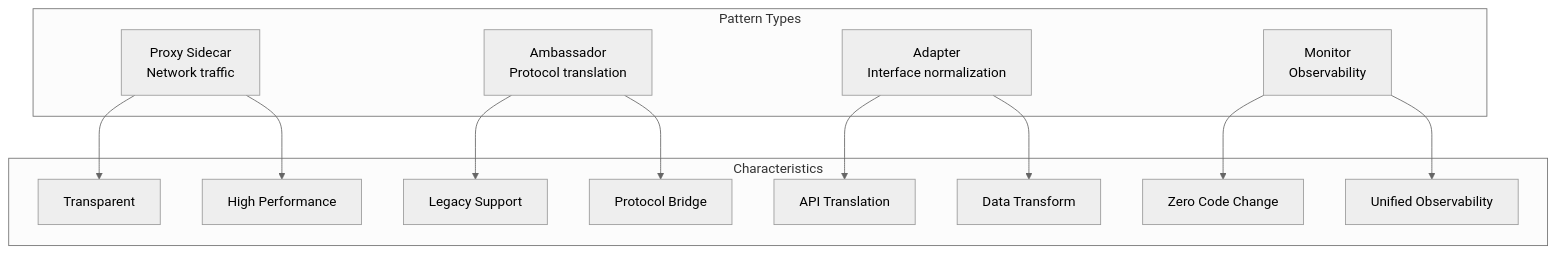
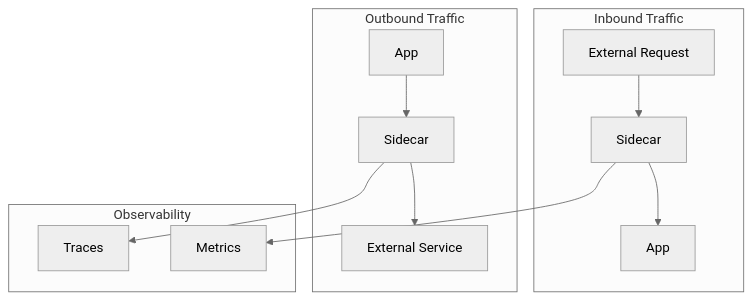
The second of 2 diagrams in docs/pattern-library/architecture/sidecar.md (deepaucksharma/DStudio), drawn with Mermaid (neutral theme) before and after one commit. The commit also changed other lines of this file and 8 other files, not shown here.

````diff
--- a/docs/pattern-library/architecture/sidecar.md
+++ b/docs/pattern-library/architecture/sidecar.md
@@ -2346,23 +149,17 @@
 ```mermaid
-graph TB
-    subgraph "Pattern Types"
-        Proxy[Proxy Sidecar<br/>Network traffic]
-        Ambassador[Ambassador<br/>Protocol translation]
-        Adapter[Adapter<br/>Interface normalization]
-        Monitor[Monitor<br/>Observability]
+graph TD
+    subgraph "Inbound Traffic"
+        I[External Request] --> S1[Sidecar]
+        S1 --> A1[App]
     end
     
-    subgraph "Characteristics"
-        Proxy --> P1[Transparent]
-        Proxy --> P2[High Performance]
-        
-        Ambassador --> A1[Legacy Support]
-        Ambassador --> A2[Protocol Bridge]
-        
-        Adapter --> Ad1[API Translation]
-        Adapter --> Ad2[Data Transform]
-        
-        Monitor --> M1[Zero Code Change]
-        Monitor --> M2[Unified Observability]
+    subgraph "Outbound Traffic"
+        A2[App] --> S2[Sidecar]
+        S2 --> O[External Service]
+    end
+    
+    subgraph "Observability"
+        S1 --> M[Metrics]
+        S2 --> T[Traces]
     end
 ```
````
